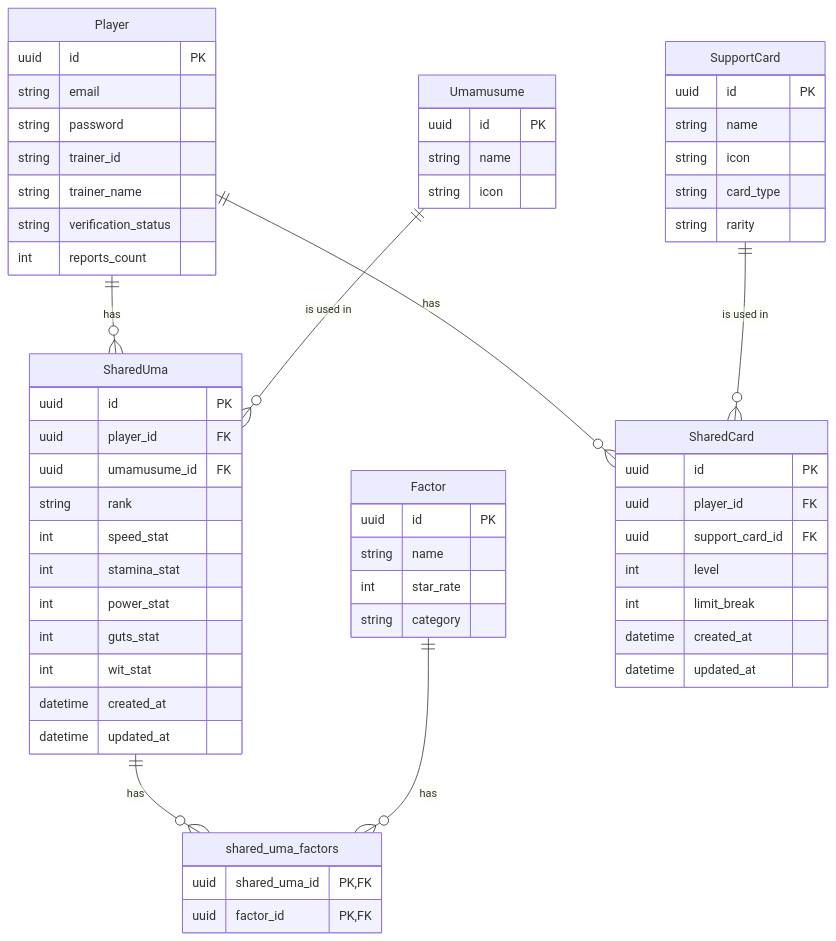
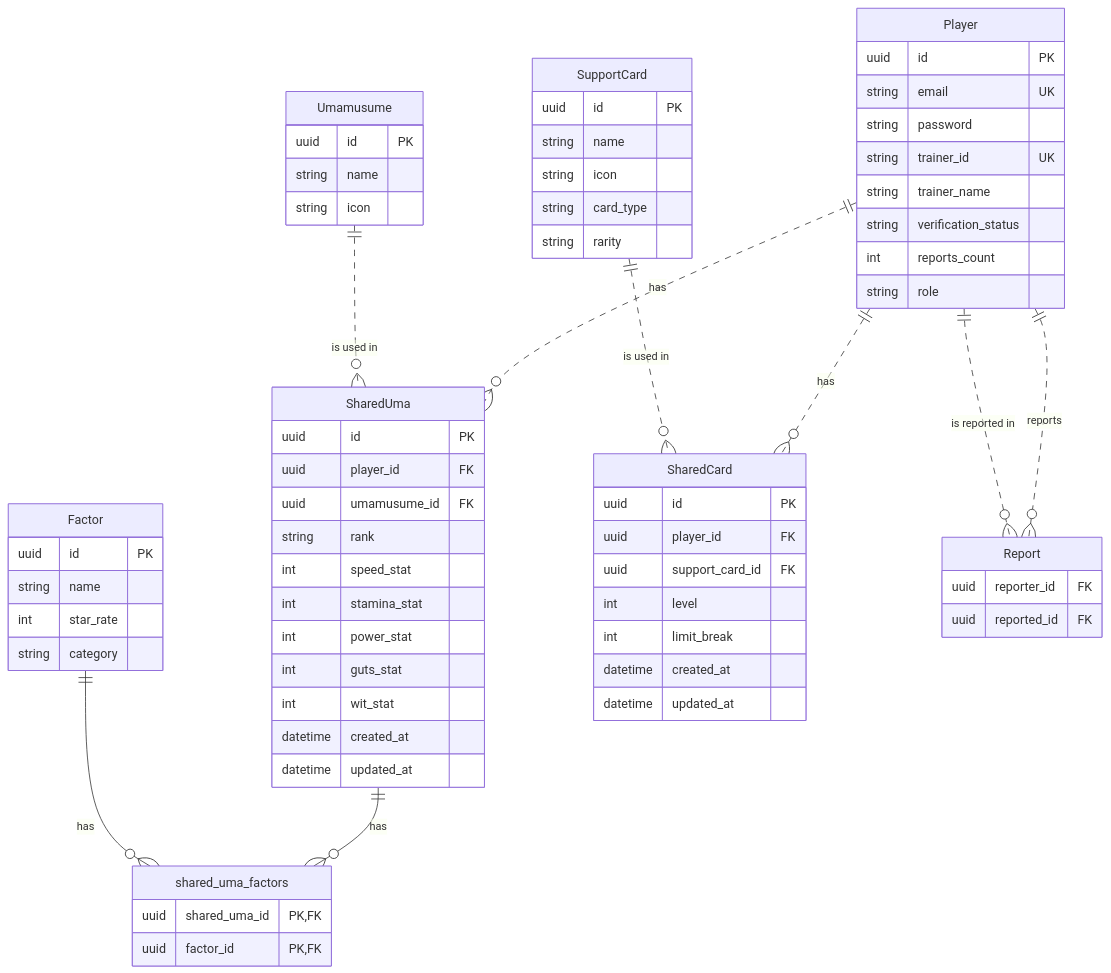
One commit to Honike-1/KPI2 changed the diagram in lab1/erDiagram.mmd. Above: the diagram before and after it, drawn with Mermaid. The commit also changed 1 other file, not shown here.

Commit message:
fix: erDiagram fix

```diff
--- a/lab1/erDiagram.mmd
+++ b/lab1/erDiagram.mmd
@@ -1,61 +1,68 @@
 erDiagram
     Player {
         uuid id PK
-        string email
+        string email UK
         string password
-        string trainer_id
+        string trainer_id UK
         string trainer_name
         string verification_status
         int reports_count
+        string role
     }
     Umamusume {
         uuid id PK
         string name
         string icon
     }
     SupportCard {
         uuid id PK
         string name
         string icon
         string card_type
         string rarity
     }
     Factor {
         uuid id PK
         string name
         int star_rate
         string category
     }
     SharedUma {
         uuid id PK
         uuid player_id FK
         uuid umamusume_id FK
         string rank
         int speed_stat
         int stamina_stat
         int power_stat
         int guts_stat
         int wit_stat
         datetime created_at
         datetime updated_at
     }
     SharedCard {
         uuid id PK
         uuid player_id FK
         uuid support_card_id FK
         int level
         int limit_break
         datetime created_at
         datetime updated_at
     }
     shared_uma_factors {
         uuid shared_uma_id PK, FK
         uuid factor_id PK, FK
     }
+    Report {
+        uuid reporter_id FK
+        uuid reported_id FK
+    }
 
-    Player ||--o{ SharedUma : "has"
-    Player ||--o{ SharedCard : "has"
-    Umamusume ||--o{ SharedUma : "is used in"
-    SupportCard ||--o{ SharedCard : "is used in"
+    Player ||..o{ SharedUma : "has"
+    Player ||..o{ SharedCard : "has"
+    Umamusume ||..o{ SharedUma : "is used in"
+    SupportCard ||..o{ SharedCard : "is used in"
     SharedUma ||--o{ shared_uma_factors : "has"
     Factor ||--o{ shared_uma_factors : "has"
+    Player ||..o{ Report : "reports"
+    Player ||..o{ Report : "is reported in"
```
